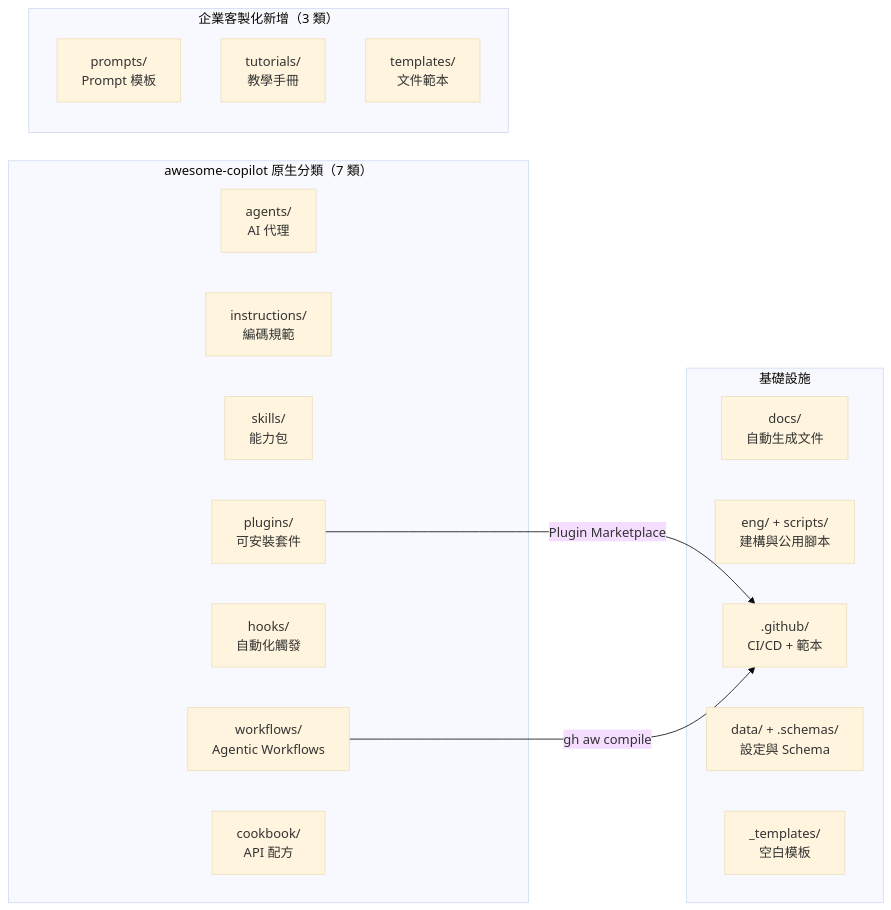
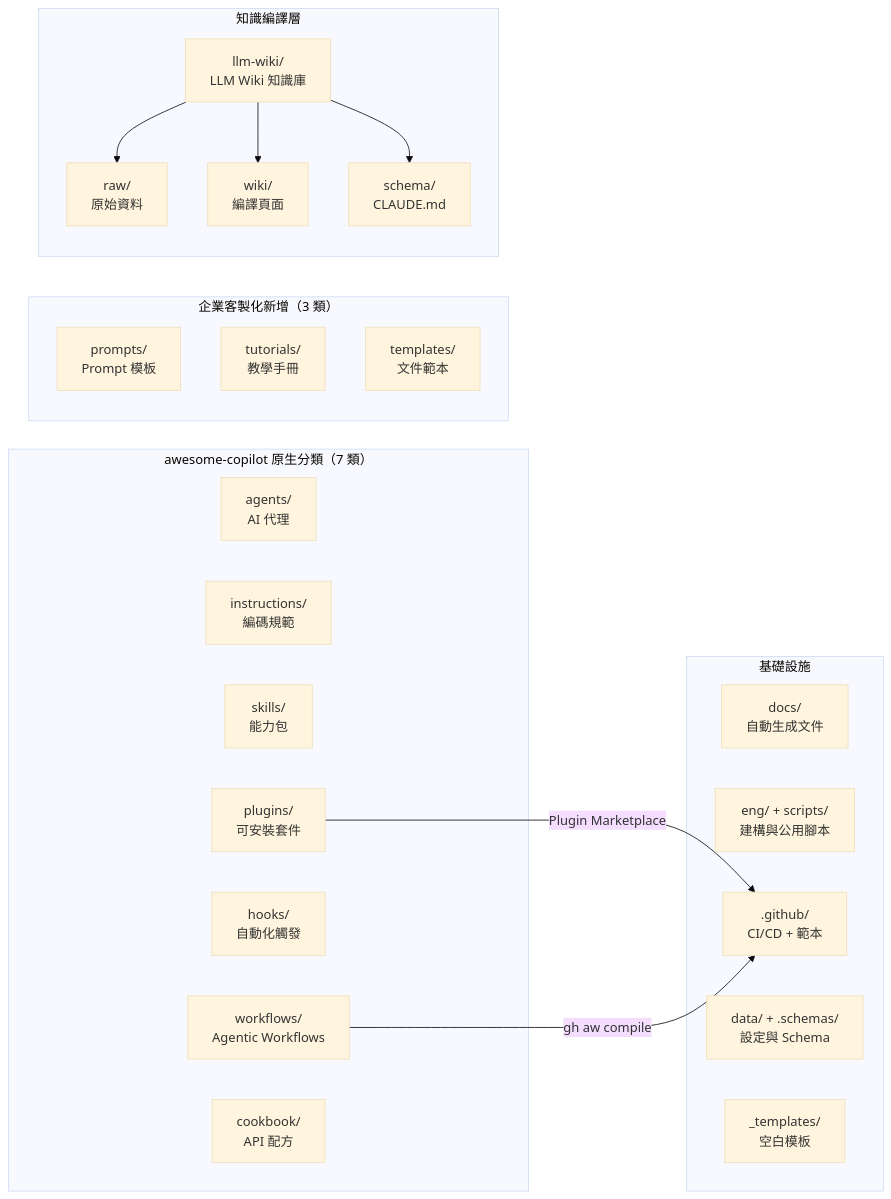
Before and after one commit to chihhung/Blog: the second of 10 diagrams in content/posts/教學/AI開發/GitHub Repo 建立教學手冊.md, drawn with Mermaid (base theme). The commit also changed other lines of this file, not shown here.

```diff
--- a/content/posts/教學/AI開發/GitHub Repo 建立教學手冊.md
+++ b/content/posts/教學/AI開發/GitHub Repo 建立教學手冊.md
@@ -802,29 +927,36 @@
 {{< mermaid >}}
 graph LR
     subgraph "awesome-copilot 原生分類（7 類）"
         A1[agents/<br/>AI 代理]
         A2[instructions/<br/>編碼規範]
         A3[skills/<br/>能力包]
         A4[plugins/<br/>可安裝套件]
         A5[hooks/<br/>自動化觸發]
         A6[workflows/<br/>Agentic Workflows]
         A7[cookbook/<br/>API 配方]
     end
 
     subgraph "企業客製化新增（3 類）"
         B1[prompts/<br/>Prompt 模板]
         B2[tutorials/<br/>教學手冊]
         B3[templates/<br/>文件範本]
     end
 
+    subgraph "知識編譯層"
+        D1[llm-wiki/<br/>LLM Wiki 知識庫]
+        D1 --> D2[raw/<br/>原始資料]
+        D1 --> D3[wiki/<br/>編譯頁面]
+        D1 --> D4[schema/<br/>CLAUDE.md]
+    end
+
     subgraph "基礎設施"
         C1[docs/<br/>自動生成文件]
         C2[eng/ + scripts/<br/>建構與公用腳本]
         C3[.github/<br/>CI/CD + 範本]
         C4[data/ + .schemas/<br/>設定與 Schema]
         C5[_templates/<br/>空白模板]
     end
 
     A4 -->|"Plugin Marketplace"| C3
     A6 -->|"gh aw compile"| C3
 {{< /mermaid >}}
```
